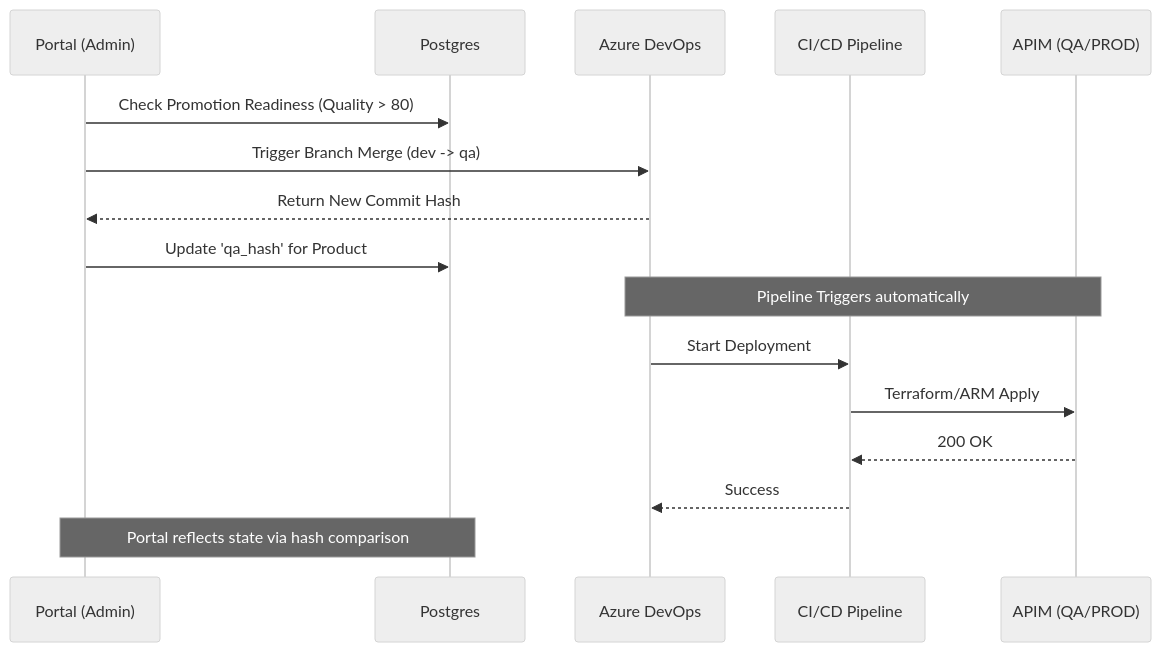
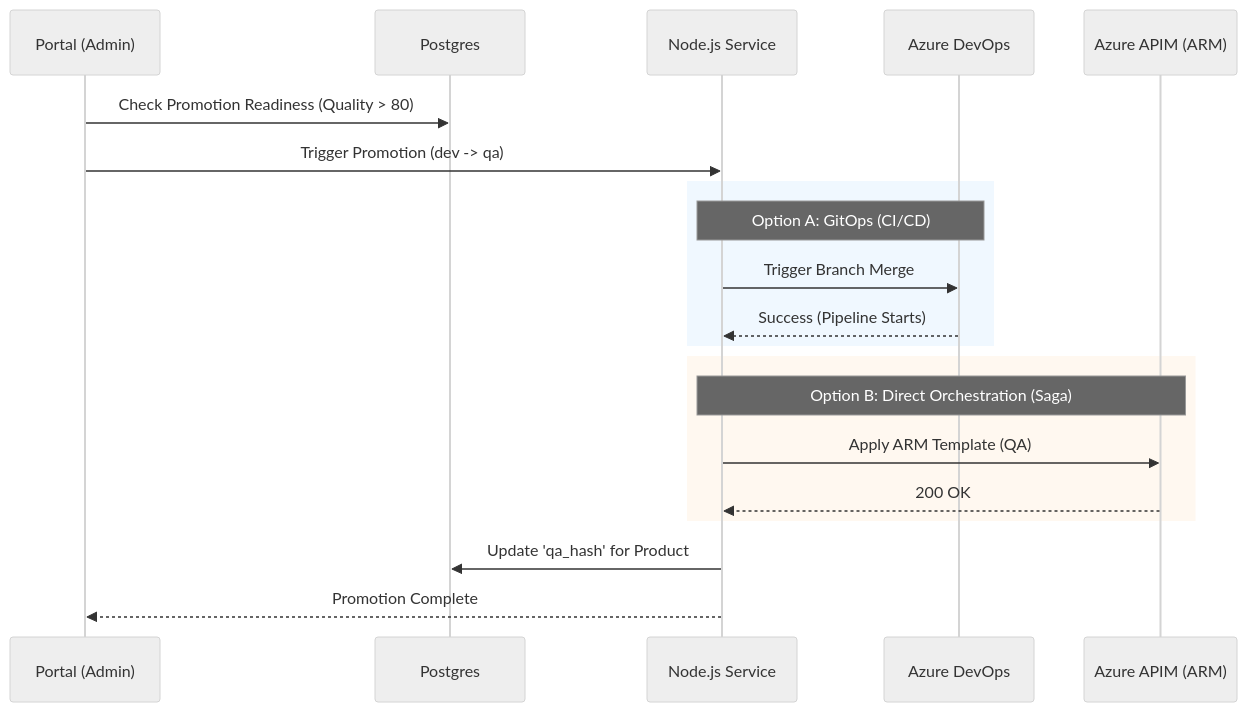
One commit to alagusundarams/swagger-scorer changed the sixth of 8 diagrams in docs/architecture_diagrams.md. Above: the diagram before and after it, drawn with Mermaid (neutral theme). The commit also changed other lines of this file and 24 other files, not shown here.

First line of the commit message:
docs: complete overhaul of documentation architecture and backlog

````diff
--- a/docs/architecture_diagrams.md
+++ b/docs/architecture_diagrams.md
@@ -229,22 +292,26 @@
 ```mermaid
 sequenceDiagram
     participant P as Portal (Admin)
     participant DB as Postgres
+    participant Svc as Node.js Service
     participant ADO as Azure DevOps
-    participant Pipe as CI/CD Pipeline
-    participant APIM as APIM (QA/PROD)
+    participant ARM as Azure APIM (ARM)
 
     P->>DB: Check Promotion Readiness (Quality > 80)
-    P->>ADO: Trigger Branch Merge (dev -> qa)
-    ADO-->>P: Return New Commit Hash
+    P->>Svc: Trigger Promotion (dev -> qa)
     
-    P->>DB: Update 'qa_hash' for Product
+    rect rgb(240, 248, 255)
+        Note over Svc, ADO: Option A: GitOps (CI/CD)
+        Svc->>ADO: Trigger Branch Merge
+        ADO-->>Svc: Success (Pipeline Starts)
+    end
+
+    rect rgb(255, 248, 240)
+        Note over Svc, ARM: Option B: Direct Orchestration (Saga)
+        Svc->>ARM: Apply ARM Template (QA)
+        ARM-->>Svc: 200 OK
+    end
     
-    Note over ADO, APIM: Pipeline Triggers automatically
-    ADO->>Pipe: Start Deployment
-    Pipe->>APIM: Terraform/ARM Apply
-    APIM-->>Pipe: 200 OK
-    Pipe-->>ADO: Success
-    
-    Note over P, DB: Portal reflects state via hash comparison
+    Svc->>DB: Update 'qa_hash' for Product
+    Svc-->>P: Promotion Complete
 ```
````
